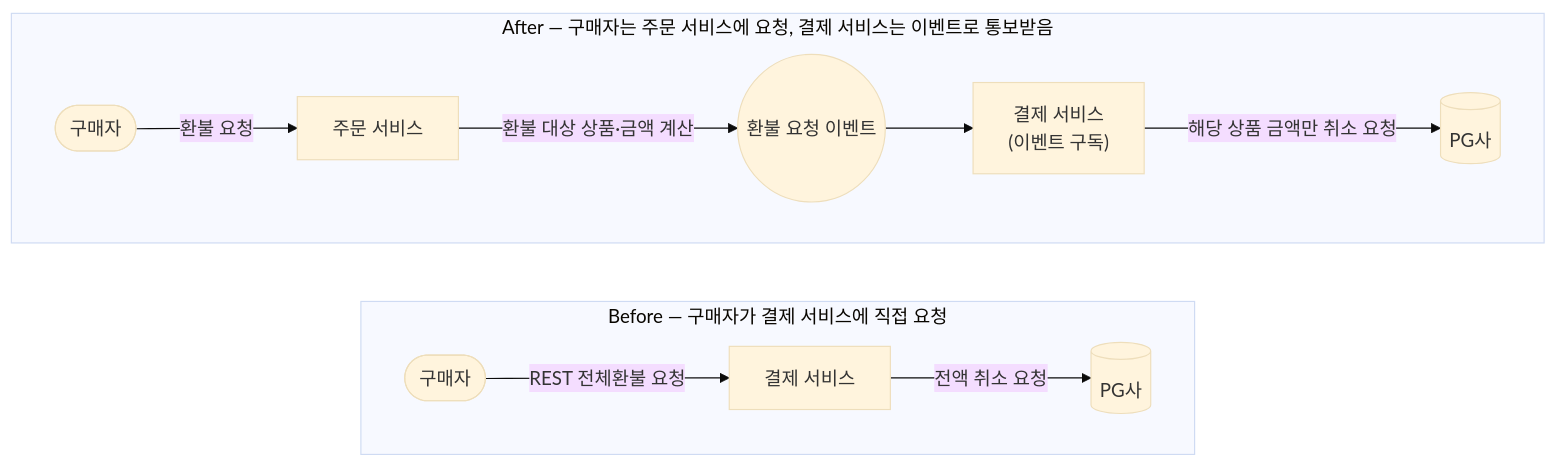
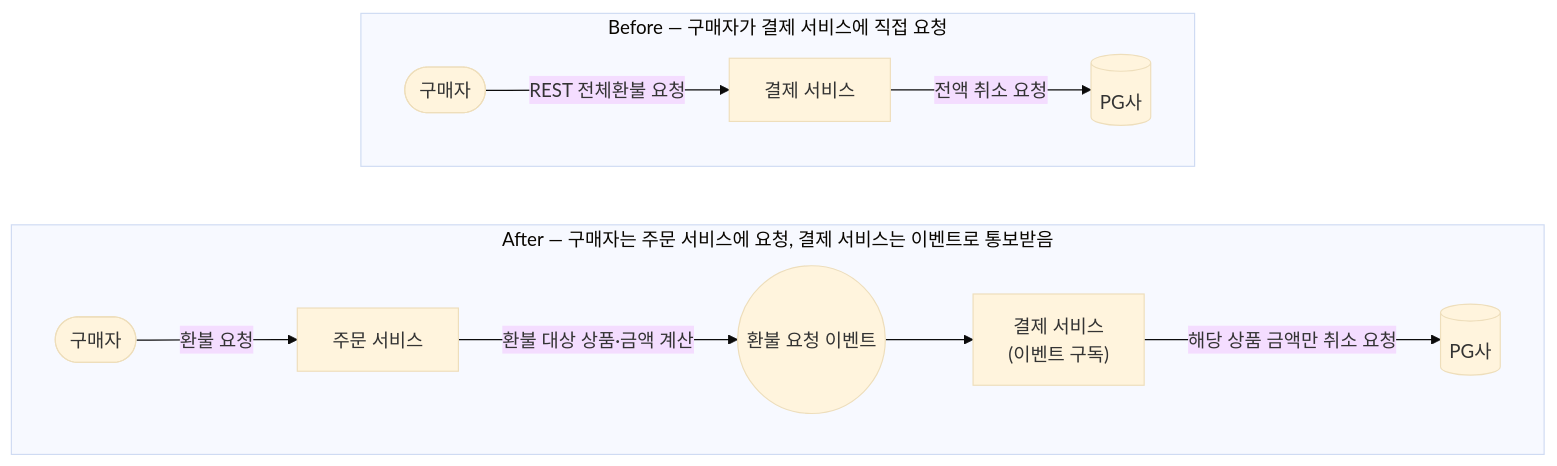
Before and after one commit to Jinpyo-An/Jinpyo-An.github.io: the diagram in src/content/projects/ai-prompt-marketplace/troubleshooting/refund-request-payment-to-order/index.md, drawn with Mermaid (base theme). The commit also changed 2 other files, not shown here.

Commit message:
fix: 트러블슈팅 mermaid 다이어그램 Before/After 배치 순서 고정
subgraph 간 연결선이 없어 mermaid 자동 레이아웃이 소스 선언 순서와
무관하게 배치하던 문제를 보이지 않는 링크(~~~)로 고정. refund 문서는
LR 방향에서 종횡비가 과도하게 납작해지던 것도 TB로 조정.

````diff
--- a/src/content/projects/ai-prompt-marketplace/troubleshooting/refund-request-payment-to-order/index.md
+++ b/src/content/projects/ai-prompt-marketplace/troubleshooting/refund-request-payment-to-order/index.md
@@ -18,16 +18,18 @@
 ```mermaid
-flowchart LR
+flowchart TB
     subgraph Before["Before — 구매자가 결제 서비스에 직접 요청"]
         direction LR
         B1(["구매자"]) -- "REST 전체환불 요청" --> B2["결제 서비스"]
         B2 -- "전액 취소 요청" --> B3[("PG사")]
     end
 
     subgraph After["After — 구매자는 주문 서비스에 요청, 결제 서비스는 이벤트로 통보받음"]
         direction LR
         A1(["구매자"]) -- "환불 요청" --> A2["주문 서비스"]
         A2 -- "환불 대상 상품·금액 계산" --> A3(("환불 요청 이벤트"))
         A3 --> A4["결제 서비스\n(이벤트 구독)"]
         A4 -- "해당 상품 금액만 취소 요청" --> A5[("PG사")]
     end
+
+    Before ~~~ After
 ```
````
